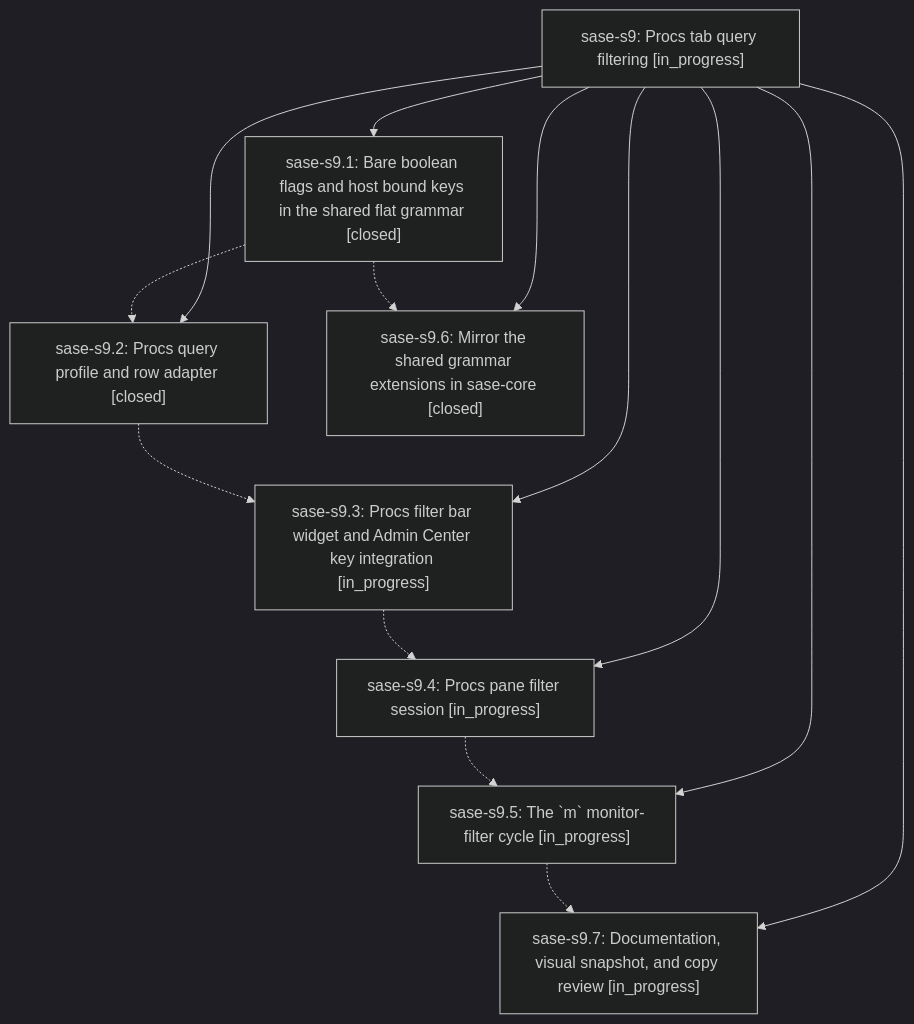
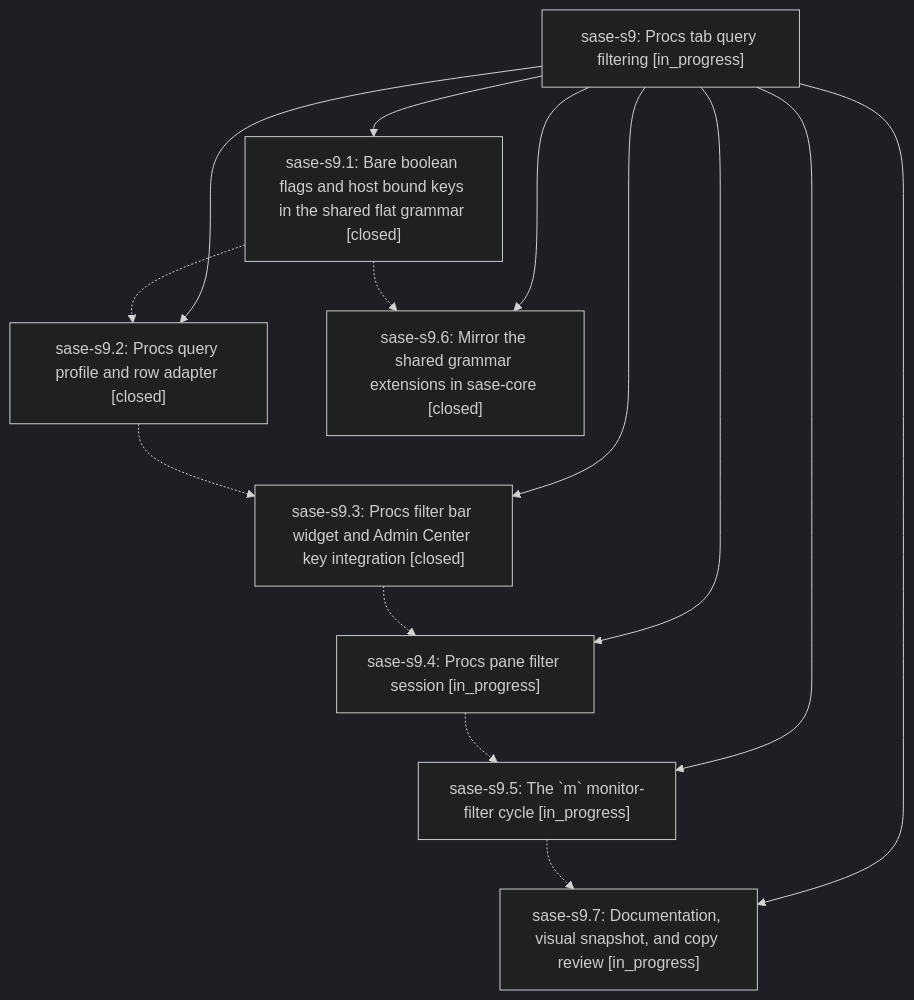
The diagram in pages/sase-s9/README.md (sase-org/sase--beads), drawn with Mermaid (dark theme) before and after one commit. The commit also changed other lines of this file and 3 other files, not shown here.

````diff
--- a/pages/sase-s9/README.md
+++ b/pages/sase-s9/README.md
@@ -28,24 +28,24 @@
 ```mermaid
 flowchart TD
     n0["sase-s9: Procs tab query filtering [in_progress]"]
     n1["sase-s9.1: Bare boolean flags and host bound keys in the shared flat grammar [closed]"]
     n2["sase-s9.2: Procs query profile and row adapter [closed]"]
-    n3["sase-s9.3: Procs filter bar widget and Admin Center key integration [in_progress]"]
+    n3["sase-s9.3: Procs filter bar widget and Admin Center key integration [closed]"]
     n4["sase-s9.4: Procs pane filter session [in_progress]"]
     n5["sase-s9.5: The `m` monitor-filter cycle [in_progress]"]
     n6["sase-s9.6: Mirror the shared grammar extensions in sase-core [closed]"]
     n7["sase-s9.7: Documentation, visual snapshot, and copy review [in_progress]"]
     n0 --> n1
     n0 --> n2
     n0 --> n3
     n0 --> n4
     n0 --> n5
     n0 --> n6
     n0 --> n7
     n1 -.-> n2
     n1 -.-> n6
     n2 -.-> n3
     n3 -.-> n4
     n4 -.-> n5
     n5 -.-> n7
 ```
````
